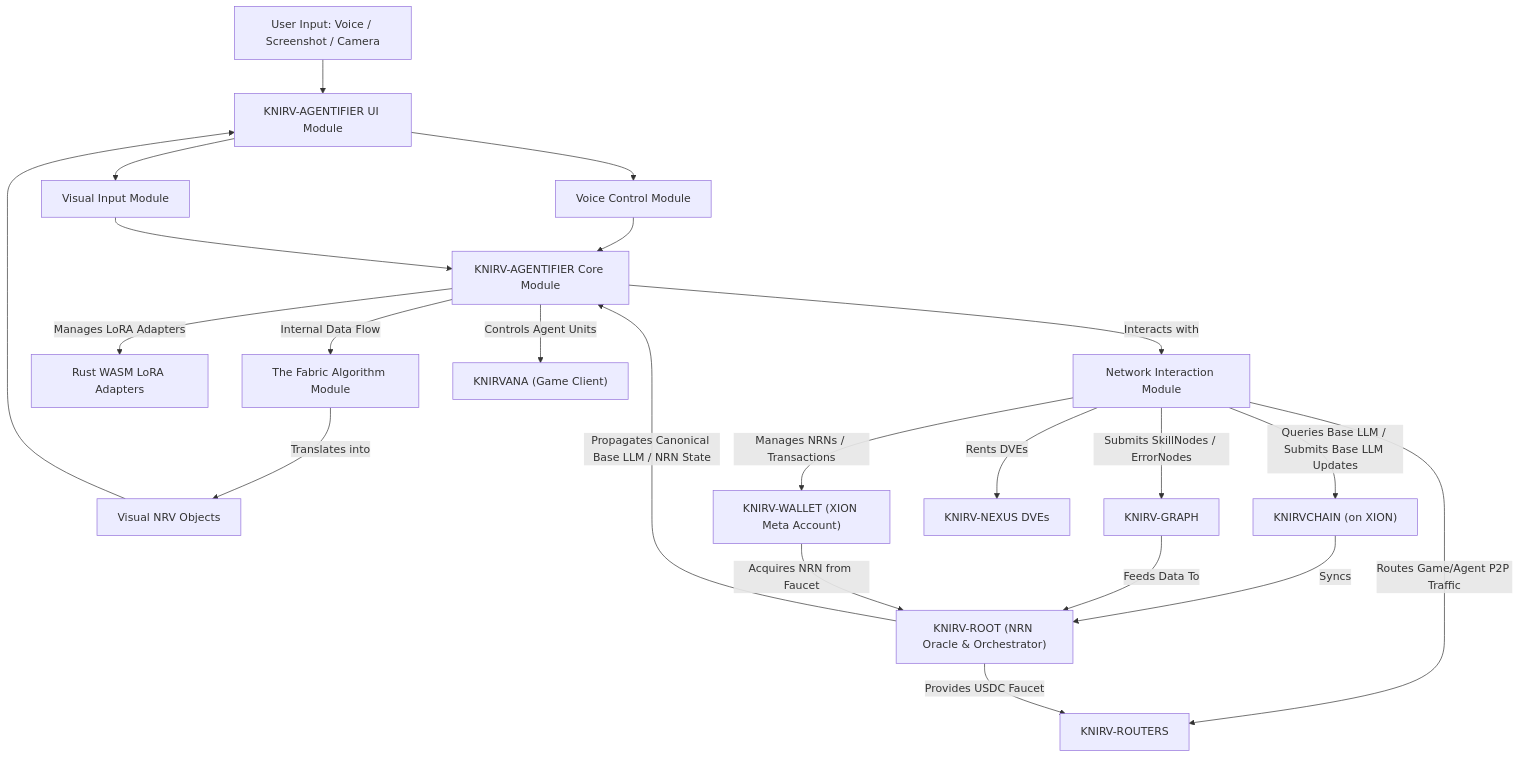
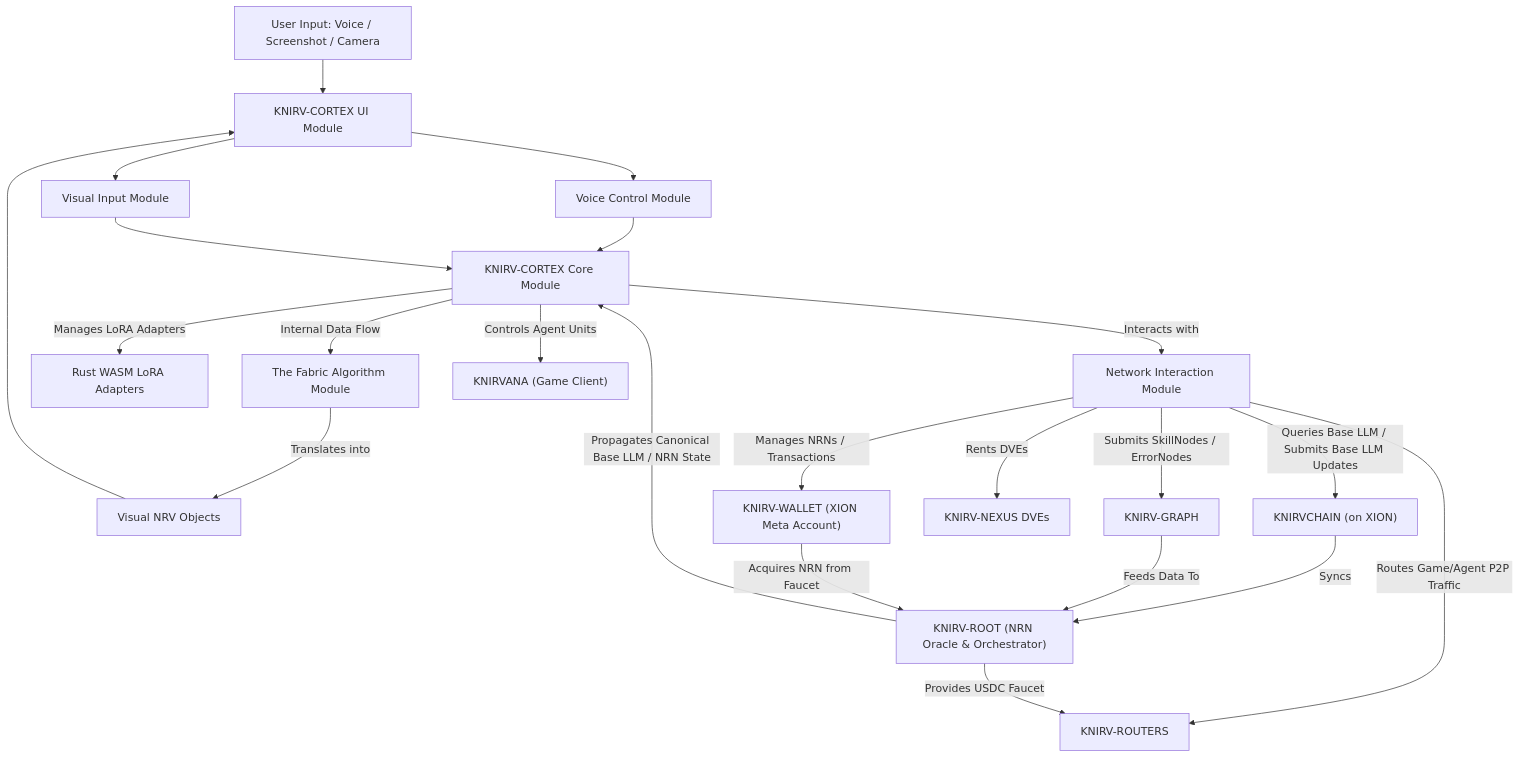
Before and after one commit to guiperry/KNIRV_NETWORK: the first of 4 diagrams in KNIRVGATEWAY/documentation/docsify/whitepapers/KNIRVSHELL_Whitepaper.md, drawn with Mermaid. The commit also changed other lines of this file and 441 other files, not shown here.

````diff
--- a/KNIRVGATEWAY/documentation/docsify/whitepapers/KNIRVSHELL_Whitepaper.md
+++ b/KNIRVGATEWAY/documentation/docsify/whitepapers/KNIRVSHELL_Whitepaper.md
@@ -60,28 +60,28 @@
 ```mermaid
 graph TD
-    A[User Input: Voice / Screenshot / Camera] --> B[KNIRV-AGENTIFIER UI Module]
+    A[User Input: Voice / Screenshot / Camera] --> B[KNIRV-CORTEX UI Module]
     B --> C[Voice Control Module]
     B --> D[Visual Input Module]
-    C --> E[KNIRV-AGENTIFIER Core Module]
+    C --> E[KNIRV-CORTEX Core Module]
     D --> E
     E -- Internal Data Flow --> F["The Fabric" Algorithm Module]
     E -- Manages LoRA Adapters --> G[Rust WASM LoRA Adapters]
     E -- Interacts with --> H[Network Interaction Module]
 
     F -- Translates into --> I[Visual NRV Objects]
     I --> B
 
     H -- "Queries Base LLM / Submits Base LLM Updates" --> J["KNIRVCHAIN (on XION)"]
     H -- "Submits SkillNodes / ErrorNodes" --> K[KNIRV-GRAPH]
     H -- Rents DVEs --> L[KNIRV-NEXUS DVEs]
     H -- "Manages NRNs / Transactions" --> M["KNIRV-WALLET (XION Meta Account)"]
     H -- "Routes Game/Agent P2P Traffic" --> N[KNIRV-ROUTERS]
     E -- Controls Agent Units --> O["KNIRVANA (Game Client)"]
 
     J -- Syncs --> P["KNIRV-ROOT (NRN Oracle & Orchestrator)"]
     K -- Feeds Data To --> P
 
     P -- "Provides USDC Faucet" --> N
     M -- "Acquires NRN from Faucet" --> P
     P -- "Propagates Canonical Base LLM / NRN State" --> E
 ```
````
